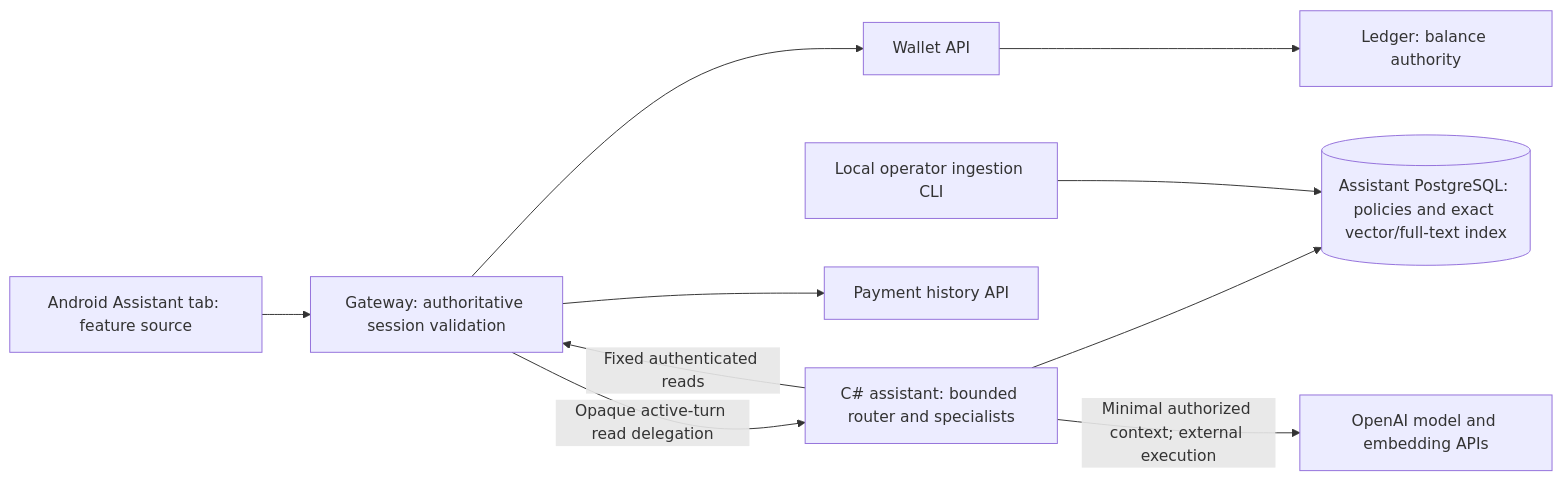
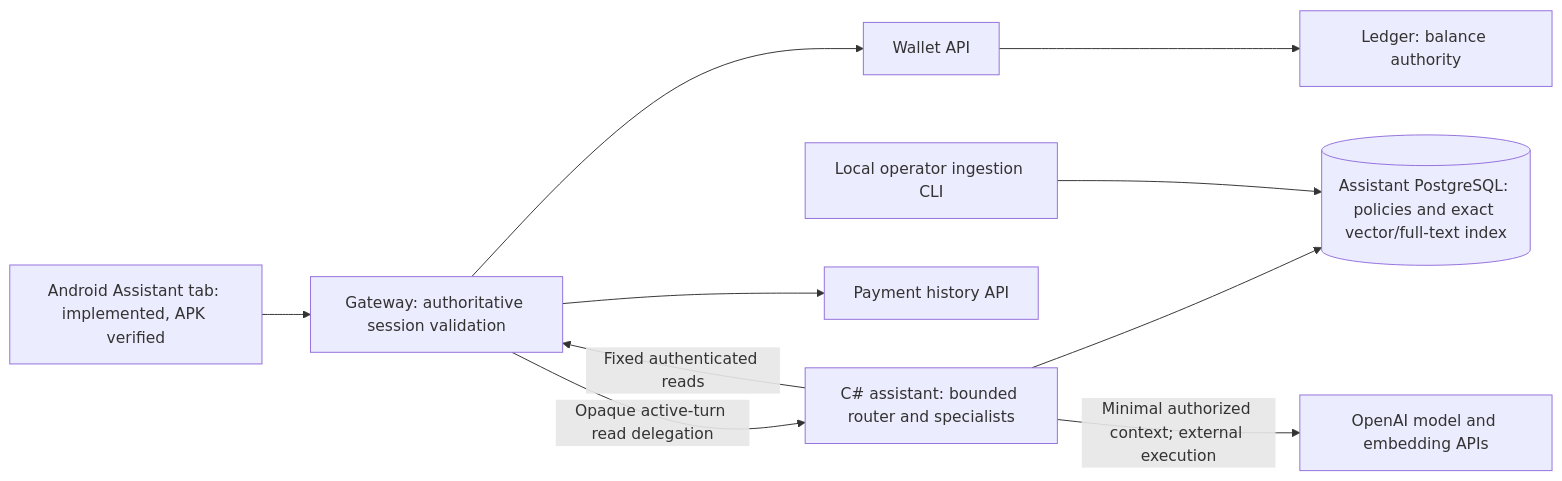
Diagram 19 of 19 in ARCHITECTURE.md (aarbabaev/ArMoney), drawn with Mermaid before and after one commit. The commit also changed other lines of this file and 4 other files, not shown here.

Commit message:
docs: record verified banking assistant release checkpoint

````diff
--- a/ARCHITECTURE.md
+++ b/ARCHITECTURE.md
@@ -792,12 +792,12 @@
 ```mermaid
 flowchart LR
-    A["Android Assistant tab: feature source"] --> G["Gateway: authoritative session validation"]
+    A["Android Assistant tab: implemented, APK verified"] --> G["Gateway: authoritative session validation"]
     G -->|"Opaque active-turn read delegation"| S["C# assistant: bounded router and specialists"]
     S -->|"Fixed authenticated reads"| G
     G --> W["Wallet API"]
     G --> P["Payment history API"]
     W --> L["Ledger: balance authority"]
     S --> D[("Assistant PostgreSQL: policies and exact vector/full-text index")]
     I["Local operator ingestion CLI"] --> D
     S -->|"Minimal authorized context; external execution"| O["OpenAI model and embedding APIs"]
 ```
````
